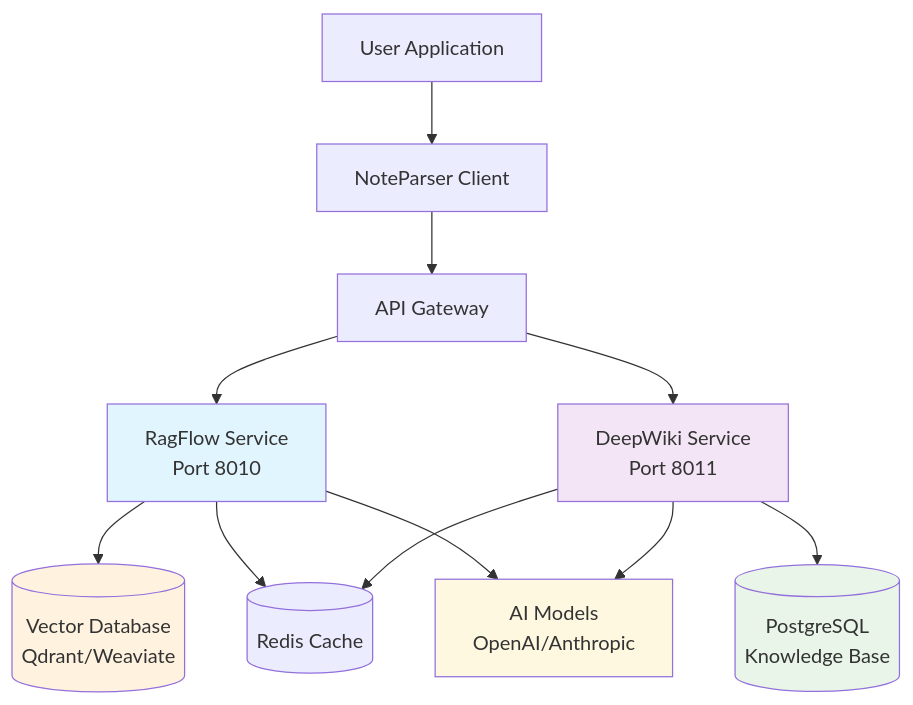
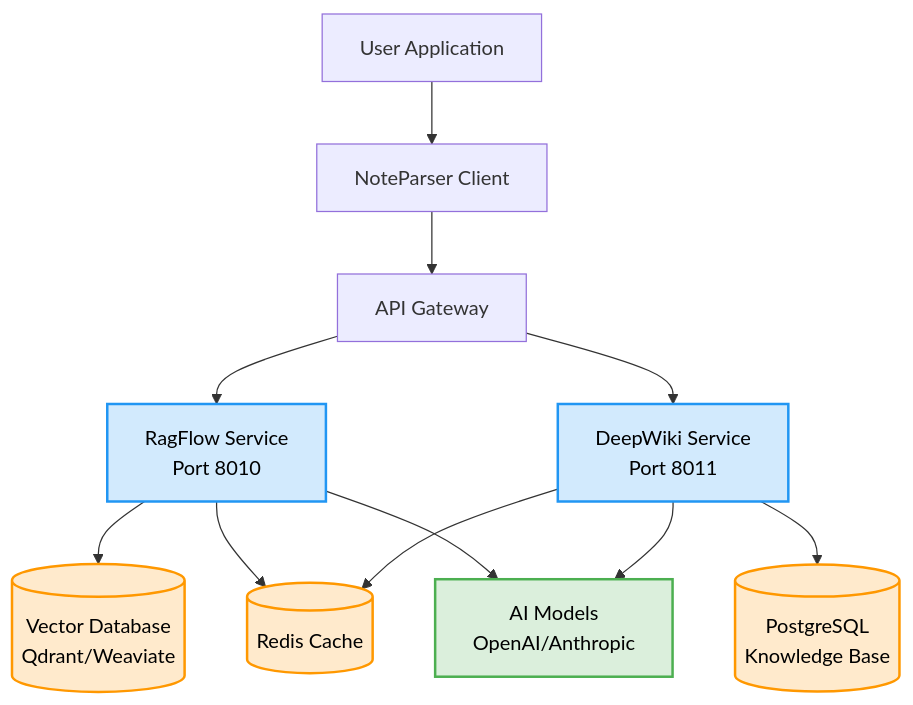
One commit to CollegeNotesOrg/noteparser-ai-services changed the diagram in docs/index.md. Above: the diagram before and after it, drawn with Mermaid. The commit also changed 2 other files, not shown here.

Commit message:
fix: improve dark mode diagram readability

````diff
--- a/docs/index.md
+++ b/docs/index.md
@@ -91,23 +91,25 @@
 ```mermaid
 graph TB
     User[User Application] --> Client[NoteParser Client]
     Client --> Gateway[API Gateway]
     
     Gateway --> RagFlow[RagFlow Service<br/>Port 8010]
     Gateway --> DeepWiki[DeepWiki Service<br/>Port 8011]
     
     RagFlow --> VectorDB[(Vector Database<br/>Qdrant/Weaviate)]
     RagFlow --> Cache[(Redis Cache)]
     
     DeepWiki --> Database[(PostgreSQL<br/>Knowledge Base)]
     DeepWiki --> Cache
     
     RagFlow --> AI[AI Models<br/>OpenAI/Anthropic]
     DeepWiki --> AI
     
-    style RagFlow fill:#e1f5fe
-    style DeepWiki fill:#f3e5f5
-    style VectorDB fill:#fff3e0
-    style Database fill:#e8f5e8
-    style AI fill:#fff8e1
+    classDef service fill:#2196f333,stroke:#2196f3,stroke-width:2px,color:#000
+    classDef storage fill:#ff980033,stroke:#ff9800,stroke-width:2px,color:#000
+    classDef ai fill:#4caf5033,stroke:#4caf50,stroke-width:2px,color:#000
+    
+    class RagFlow,DeepWiki service
+    class VectorDB,Database,Cache storage
+    class AI ai
 ```
````
